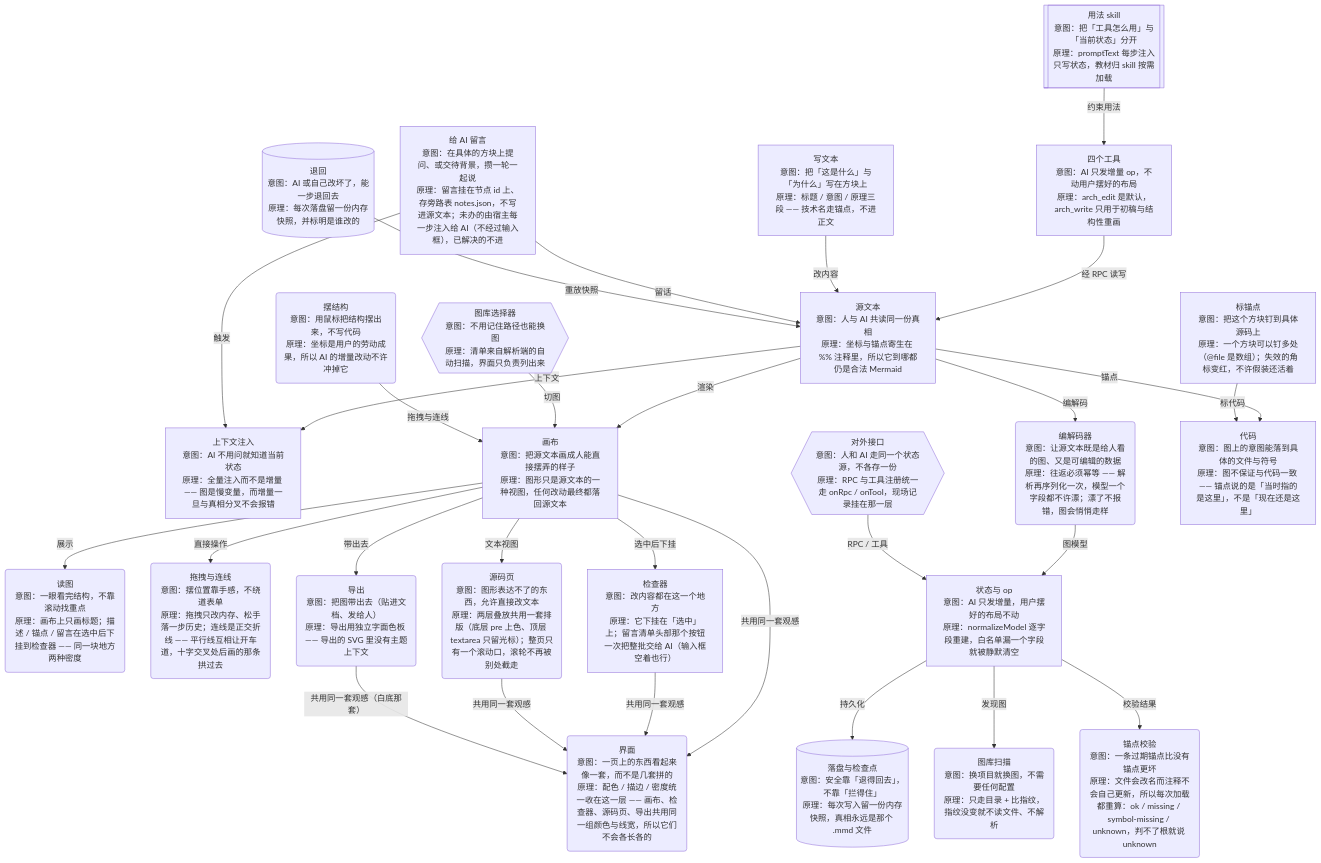
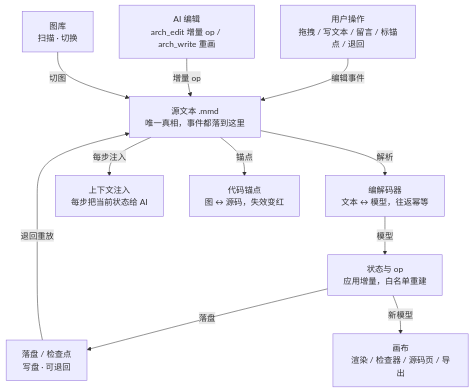
Before and after one commit to vesita/arch-canvas: the diagram in .arch-canvas/architecture.mmd, drawn with Mermaid. The commit also changed 2 other files, not shown here.

```diff
--- a/.arch-canvas/architecture.mmd
+++ b/.arch-canvas/architecture.mmd
@@ -1,127 +1,58 @@
 %% arch-canvas —— 由「架构画布」面板与 AI 共同维护（`%%!` 开头的是格式说明，不是图的内容）
 %%! @summary <一句话> 这张图讲的是什么 —— 会随每一步注入给 AI
 %%! @pos <节点id> <x> <y> 是画布坐标注释，@link <节点id> <图名> 是下钻到另一张图
 %%! @file <节点id> <路径> 是这个节点对应的源码文件（可带 #符号），一个节点可多条
 %%! @tags <节点id> <标签>… 是节点的概念标签（空格分隔，含特殊字符用引号）
 %%! 以上对 Mermaid 渲染都无任何影响，可忽略或手改
-%% @summary "ArchCanvas 的逻辑框架：源文本是唯一真相 —— 它渲染成画布给人、注入成上下文给 AI、用锚点连到代码"
-%% @pos n2 -118 441
-%% @pos a2 -118 279
-%% @pos a3 -118 198
-%% @pos u1 -471 757
-%% @pos u2 354 198
-%% @pos u3 -118 117
-%% @pos u4 0 0
-%% @pos u5 -354 198
-%% @pos u6 118 117
-%% @pos n24 354 603
-%% @pos n4 354 441
-%% @pos c1 -118 522
-%% @pos c2 118 522
-%% @pos c3 354 522
-%% @pos c4 590 522
-%% @pos c5 118 198
-%% @pos n5 -29 360
-%% @pos p1 118 441
-%% @pos p2 -590 522
-%% @pos p3 -784 775
-%% @pos p4 -416 661
-%% @pos p5 118 603
-%% @pos p6 -985 385
-%% @pos n3 -354 441
-%% @file n2 "src/host/plugin.ts#promptText"
+%% @summary "ArchCanvas：源文本是唯一真相 —— 事件落到源文本，再分发成画布 / 上下文 / 锚点"
+%% @pos u1 0 81
+%% @pos a2 0 0
+%% @pos n5 0 162
+%% @pos p1 -353 -194
+%% @pos p2 472 162
+%% @pos p3 236 162
+%% @pos n4 472 243
+%% @pos n2 -118 243
+%% @pos n3 118 243
+%% @pos p4 236 81
+%% @file u1 "src/client/studio.ts"
 %% @file a2 "src/host/plugin.ts#onTool"
-%% @file a3 "skills/arch-canvas/SKILL.md"
-%% @file u1 "src/client/studio.ts"
-%% @file u2 "src/client/studio.ts#onNodeDown"
-%% @file u3 "src/client/studio-actions-edit.ts#commitLabel"
-%% @file u4 "src/host/document.ts"
-%% @file u5 "src/host/document-model.ts#verifyFileRefs"
-%% @file u6 "src/host/history.ts"
-%% @file c1 "src/client/studio.ts#onNodeDown"
-%% @file c2 "src/client/studio.ts"
-%% @file c3 "src/client/studio.ts"
-%% @file c3 "src/client/runtime-layout.ts#tokenizeMermaidLine"
-%% @file c4 "src/client/runtime-edges.ts#buildExportSvg"
-%% @file c5 "src/client/studio.ts"
+%% @file n5 "src/host/mermaid.ts"
 %% @file p1 "src/host/mermaid.ts"
 %% @file p2 "src/host/document-ops.ts#applyOps"
 %% @file p3 "src/host/history.ts"
+%% @file n4 "src/client/studio.ts"
+%% @file n2 "src/host/plugin.ts#promptText"
+%% @file n3 "src/host/document-model.ts#verifyFileRefs"
 %% @file p4 "src/host/document-library.ts#scanProject"
-%% @file p5 "src/host/document-model.ts#verifyFileRefs"
-%% @file p6 "src/host/plugin.ts"
-%% @tags n2 "AI端"
+%% @tags u1 "用户端"
 %% @tags a2 "AI端"
-%% @tags a3 "AI端"
-%% @tags u1 "用户端"
-%% @tags u2 "用户端"
-%% @tags u3 "用户端"
-%% @tags u4 "用户端"
-%% @tags u5 "用户端"
-%% @tags u6 "用户端"
-%% @tags n24 "用户端"
-%% @tags n4 "画布端"
-%% @tags c1 "画布端"
-%% @tags c2 "画布端"
-%% @tags c3 "画布端"
-%% @tags c4 "画布端"
-%% @tags c5 "画布端"
 %% @tags n5 "解析端"
 %% @tags p1 "解析端"
 %% @tags p2 "解析端"
 %% @tags p3 "解析端"
+%% @tags n4 "画布端"
+%% @tags n2 "AI端"
+%% @tags n3 "解析端"
 %% @tags p4 "解析端"
-%% @tags p5 "解析端"
-%% @tags p6 "解析端"
 flowchart TD
-  n2["上下文注入<br/>意图：AI 不用问就知道当前状态<br/>原理：全量注入而不是增量 —— 图是慢变量，而增量一旦与真相分叉不会报错"]
-  a2["四个工具<br/>意图：AI 只发增量 op，不动用户摆好的布局<br/>原理：arch_edit 是默认，arch_write 只用于初稿与结构性重画"]
-  a3[["用法 skill<br/>意图：把「工具怎么用」与「当前状态」分开<br/>原理：promptText 每步注入只写状态，教材归 skill 按需加载"]]
-  u1("读图<br/>意图：一眼看完结构，不靠滚动找重点<br/>原理：画布上只画标题；描述 / 锚点 / 留言在选中后下挂到检查器 —— 同一块地方两种密度")
-  u2("摆结构<br/>意图：用鼠标把结构摆出来，不写代码<br/>原理：坐标是用户的劳动成果，所以 AI 的增量改动不许冲掉它")
-  u3["写文本<br/>意图：把「这是什么」与「为什么」写在方块上<br/>原理：标题 / 意图 / 原理三段 —— 技术名走锚点，不进正文"]
-  u4["给 AI 留言<br/>意图：在具体的方块上提问、或交待背景，攒一轮一起说<br/>原理：留言挂在节点 id 上、存旁路表 notes.json，不写进源文本；未办的由宿主每一步注入给 AI（不经过输入框），已解决的不进"]
-  u5["标锚点<br/>意图：把这个方块钉到具体源码上<br/>原理：一个方块可以钉多处（@file 是数组）；失效的角标变红，不许假装还活着"]
-  u6[("退回<br/>意图：AI 或自己改坏了，能一步退回去<br/>原理：每次落盘留一份内存快照，并标明是谁改的")]
-  n24("界面<br/>意图：一页上的东西看起来像一套，而不是几套拼的<br/>原理：配色 / 描边 / 密度统一收在这一层 —— 画布、检查器、源码页、导出共用同一组颜色与线宽，所以它们不会各长各的")
-  n4["画布<br/>意图：把源文本画成人能直接摆弄的样子<br/>原理：图形只是源文本的一种视图，任何改动最终都落回源文本"]
-  c1("拖拽与连线<br/>意图：摆位置靠手感，不绕道表单<br/>原理：拖拽只改内存、松手落一步历史；连线是正交折线 —— 平行线互相让开车道，十字交叉处后画的那条拱过去")
-  c2["检查器<br/>意图：改内容都在这一个地方<br/>原理：它下挂在「选中」上；留言清单头部那个按钮一次把整批交给 AI（输入框空着也行）"]
-  c3("源码页<br/>意图：图形表达不了的东西，允许直接改文本<br/>原理：两层叠放共用一套排版（底层 pre 上色、顶层 textarea 只留光标）；整页只有一个滚动口，滚轮不再被别处截走")
-  c4("导出<br/>意图：把图带出去（贴进文档、发给人）<br/>原理：导出用独立字面色板 —— 导出的 SVG 里没有主题上下文")
-  c5{{"图库选择器<br/>意图：不用记住路径也能换图<br/>原理：清单来自解析端的自动扫描，界面只负责列出来"}}
-  n5["源文本<br/>意图：人与 AI 共读同一份真相<br/>原理：坐标与锚点寄生在 %% 注释里，所以它到哪都仍是合法 Mermaid"]
-  p1("编解码器<br/>意图：让源文本既是给人看的图、又是可编辑的数据<br/>原理：往返必须幂等 —— 解析再序列化一次，模型一个字段都不许漂；漂了不报错，图会悄悄走样")
-  p2["状态与 op<br/>意图：AI 只发增量，用户摆好的布局不动<br/>原理：normalizeModel 逐字段重建，白名单漏一个字段就被静默清空"]
-  p3[("落盘与检查点<br/>意图：安全靠「退得回去」，不靠「拦得住」<br/>原理：每次写入留一份内存快照，真相永远是那个 .mmd 文件")]
-  p4("图库扫描<br/>意图：换项目就换图，不需要任何配置<br/>原理：只走目录 + 比指纹，指纹没变就不读文件、不解析")
-  p5("锚点校验<br/>意图：一条过期锚点比没有锚点更坏<br/>原理：文件会改名而注释不会自己更新，所以每次加载都重算：ok / missing / symbol-missing / unknown，判不了根就说 unknown")
-  p6{{"对外接口<br/>意图：人和 AI 走同一个状态源，不各存一份<br/>原理：RPC 与工具注册统一走 onRpc / onTool，现场记录挂在那一层"}}
-  n3["代码<br/>意图：图上的意图能落到具体的文件与符号<br/>原理：图不保证与代码一致 —— 锚点说的是「当时指的是这里」，不是「现在还是这里」"]
+  u1["用户操作<br/>拖拽 / 写文本 / 留言 / 标锚点 / 退回"]
+  a2["AI 编辑<br/>arch_edit 增量 op / arch_write 重画"]
+  n5["源文本 .mmd<br/>唯一真相，事件都落到这里"]
+  p1["编解码器<br/>文本 ↔ 模型，往返幂等"]
+  p2["状态与 op<br/>应用增量，白名单重建"]
+  p3["落盘 / 检查点<br/>写盘 · 可退回"]
+  n4["画布<br/>渲染 / 检查器 / 源码页 / 导出"]
+  n2["上下文注入<br/>每步把当前状态给 AI"]
+  n3["代码锚点<br/>图 ↔ 源码，失效变红"]
+  p4["图库<br/>扫描 · 切换"]
+  u1 -->|"编辑事件"| n5
+  a2 -->|"增量 op"| n5
+  n5 -->|"解析"| p1
+  p1 -->|"模型"| p2
+  p2 -->|"落盘"| p3
+  p2 -->|"新模型"| n4
+  n5 -->|"每步注入"| n2
   n5 -->|"锚点"| n3
-  n5 -->|"上下文"| n2
-  n5 -->|"渲染"| n4
-  n5 -->|"编解码"| p1
-  p1 -->|"图模型"| p2
-  p2 -->|"持久化"| p3
-  p2 -->|"发现图"| p4
-  p2 -->|"校验结果"| p5
-  p6 -->|"RPC / 工具"| p2
-  a2 -->|"经 RPC 读写"| n5
-  a3 -->|"约束用法"| a2
-  n4 -->|"直接操作"| c1
-  n4 -->|"选中后下挂"| c2
-  n4 -->|"文本视图"| c3
-  n4 -->|"带出去"| c4
-  c5 -->|"切图"| n4
-  n4 -->|"展示"| u1
-  u2 -->|"拖拽与连线"| n4
-  u3 -->|"改内容"| n5
-  u4 -->|"留话"| n5
-  u5 -->|"标代码"| n3
-  u6 -->|"重放快照"| n5
-  u4 -->|"触发"| n2
-  n4 -->|"共用同一套观感"| n24
-  c2 -->|"共用同一套观感"| n24
-  c3 -->|"共用同一套观感"| n24
-  c4 -->|"共用同一套观感（白底那套）"| n24
+  p3 -->|"退回重放"| n5
+  p4 -->|"切图"| n5
```
